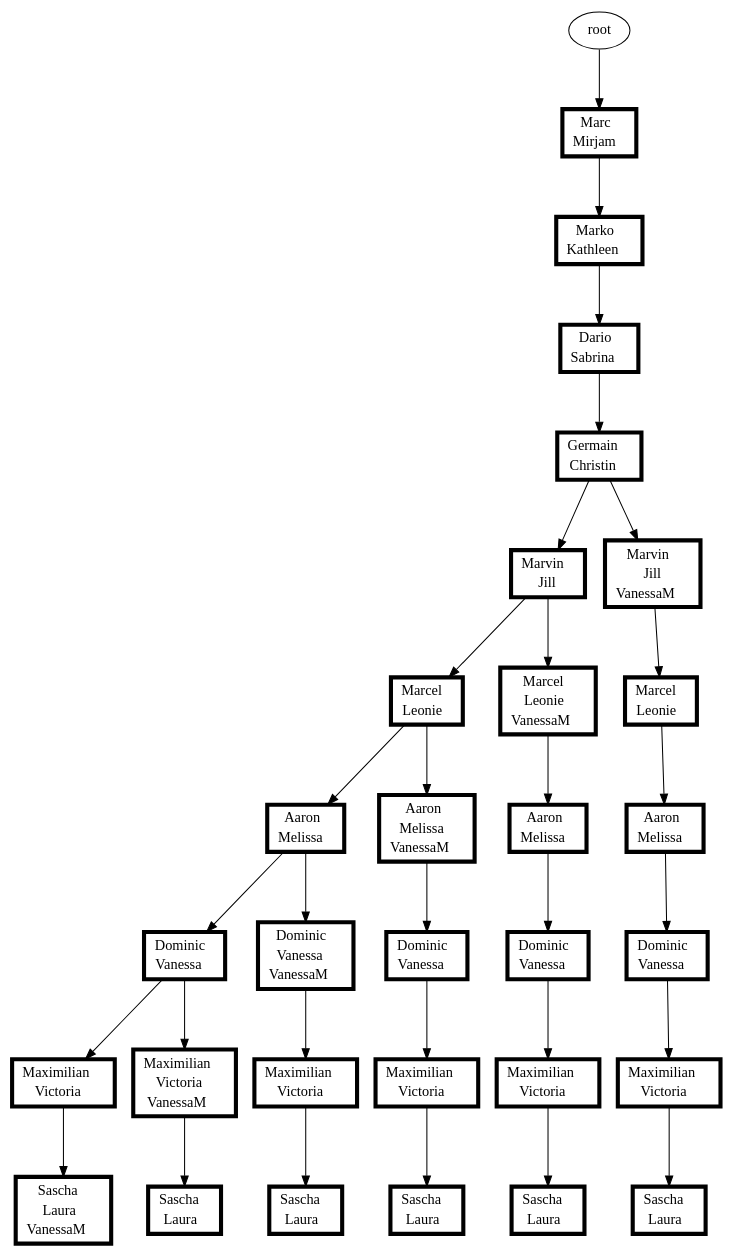
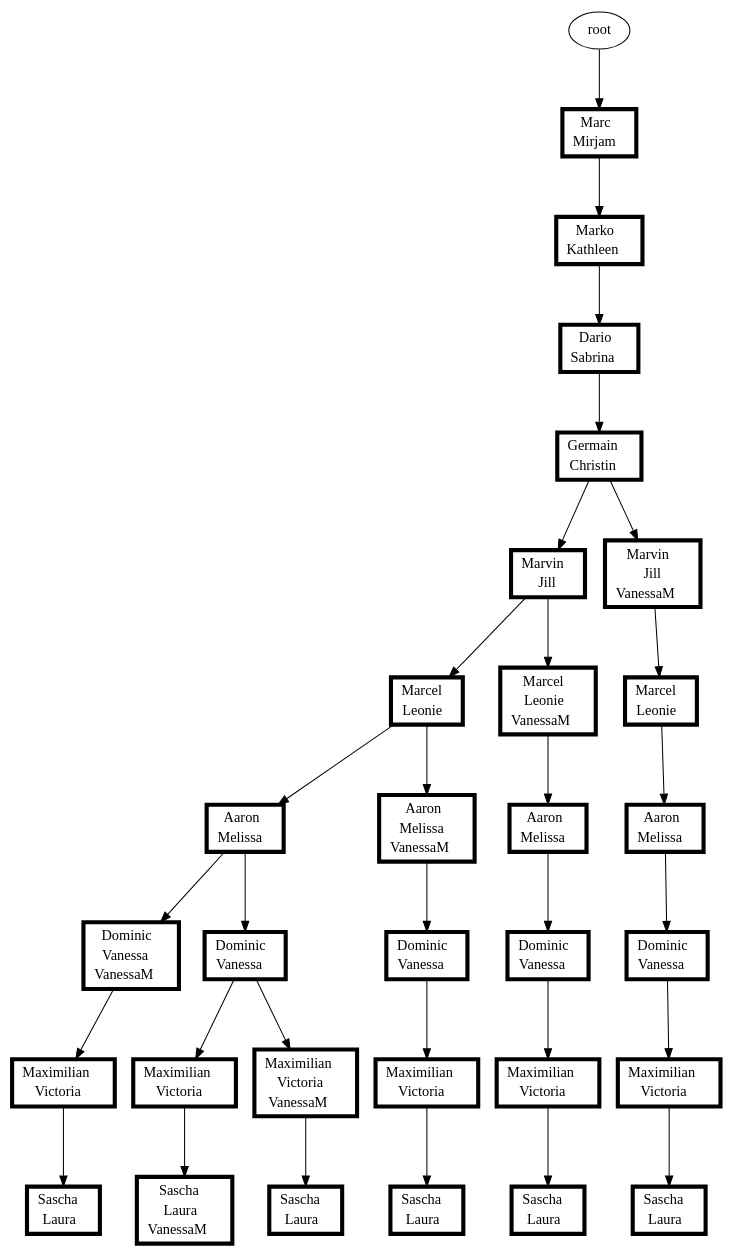
Before and after one commit to atticus-sullivan/sim-ayto: the diagram in s02/s02.dot, drawn with Graphviz. The commit also changed other lines of this file and 29 other files, not shown here.

```diff
--- a/s02/s02.dot
+++ b/s02/s02.dot
@@ -1,63 +1,63 @@
 digraph D {
 ranksep=0.8;
+{"root|5|7|7|3|2|8|4|1|8|2|6|5|1|6|3|9,11|9|10"[shape="record" penwidth=4.0 color="black" label=<<table border="0" cellborder="0" cellspacing="0"><tr><td>Maximilian</td></tr><tr><td>Victoria</td></tr></table>>]}
+"root|5|7|7|3|2|8|4|1|8|2|6|5|1|6|3|9,11" -> {"root|5|7|7|3|2|8|4|1|8|2|6|5|1|6|3|9,11|9|10"}
+{"root|5|7|7|3|2|8|4|1|8|2|6|5,11|1|6|3|9"[shape="record" penwidth=4.0 color="black" label=<<table border="0" cellborder="0" cellspacing="0"><tr><td>Dominic</td></tr><tr><td>Vanessa</td></tr></table>>]}
+"root|5|7|7|3|2|8|4|1|8|2|6|5,11|1|6" -> {"root|5|7|7|3|2|8|4|1|8|2|6|5,11|1|6|3|9"}
+{"root|5|7|7|3|2|8|4|1|8|2,11|6|5|1|6|3|9"[shape="record" penwidth=4.0 color="black" label=<<table border="0" cellborder="0" cellspacing="0"><tr><td>Dominic</td></tr><tr><td>Vanessa</td></tr></table>>]}
+"root|5|7|7|3|2|8|4|1|8|2,11|6|5|1|6" -> {"root|5|7|7|3|2|8|4|1|8|2,11|6|5|1|6|3|9"}
+{"root|5|7|7|3|2|8|4|1|8|2|6|5|1|6,11|3|9|9|10|10|4"[shape="record" penwidth=4.0 color="black" label=<<table border="0" cellborder="0" cellspacing="0"><tr><td>Sascha</td></tr><tr><td>Laura</td></tr></table>>]}
+"root|5|7|7|3|2|8|4|1|8|2|6|5|1|6,11|3|9|9|10" -> {"root|5|7|7|3|2|8|4|1|8|2|6|5|1|6,11|3|9|9|10|10|4"}
+{"root|5|7|7|3|2|8|4|1|8|2,11|6|5|1|6"[shape="record" penwidth=4.0 color="black" label=<<table border="0" cellborder="0" cellspacing="0"><tr><td>Aaron</td></tr><tr><td>Melissa</td></tr></table>>]}
+"root|5|7|7|3|2|8|4|1|8|2,11|6|5" -> {"root|5|7|7|3|2|8|4|1|8|2,11|6|5|1|6"}
+{"root|5|7|7|3|2|8|4|1|8|2|6|5|1|6|3|9"[shape="record" penwidth=4.0 color="black" label=<<table border="0" cellborder="0" cellspacing="0"><tr><td>Dominic</td></tr><tr><td>Vanessa</td></tr></table>>]}
+"root|5|7|7|3|2|8|4|1|8|2|6|5|1|6" -> {"root|5|7|7|3|2|8|4|1|8|2|6|5|1|6|3|9"}
 {"root|5|7|7|3|2|8|4|1|8|2|6|5|1|6|3|9|9|10|10|4,11"[shape="record" penwidth=4.0 color="black" label=<<table border="0" cellborder="0" cellspacing="0"><tr><td>Sascha</td></tr><tr><td>Laura</td></tr><tr><td>VanessaM</td></tr></table>>]}
 "root|5|7|7|3|2|8|4|1|8|2|6|5|1|6|3|9|9|10" -> {"root|5|7|7|3|2|8|4|1|8|2|6|5|1|6|3|9|9|10|10|4,11"}
+{"root|5|7|7|3|2|8|4|1|8|2|6|5|1|6|3|9|9|10"[shape="record" penwidth=4.0 color="black" label=<<table border="0" cellborder="0" cellspacing="0"><tr><td>Maximilian</td></tr><tr><td>Victoria</td></tr></table>>]}
+"root|5|7|7|3|2|8|4|1|8|2|6|5|1|6|3|9" -> {"root|5|7|7|3|2|8|4|1|8|2|6|5|1|6|3|9|9|10"}
 {"root|5|7|7|3|2|8|4|1|8|2|6|5"[shape="record" penwidth=4.0 color="black" label=<<table border="0" cellborder="0" cellspacing="0"><tr><td>Marcel</td></tr><tr><td>Leonie</td></tr></table>>]}
 "root|5|7|7|3|2|8|4|1|8|2" -> {"root|5|7|7|3|2|8|4|1|8|2|6|5"}
 {"root|5|7|7|3|2|8|4|1|8|2,11|6|5|1|6|3|9|9|10|10|4"[shape="record" penwidth=4.0 color="black" label=<<table border="0" cellborder="0" cellspacing="0"><tr><td>Sascha</td></tr><tr><td>Laura</td></tr></table>>]}
 "root|5|7|7|3|2|8|4|1|8|2,11|6|5|1|6|3|9|9|10" -> {"root|5|7|7|3|2|8|4|1|8|2,11|6|5|1|6|3|9|9|10|10|4"}
+{"root|5|7|7|3|2|8|4|1|8|2|6|5|1|6"[shape="record" penwidth=4.0 color="black" label=<<table border="0" cellborder="0" cellspacing="0"><tr><td>Aaron</td></tr><tr><td>Melissa</td></tr></table>>]}
+"root|5|7|7|3|2|8|4|1|8|2|6|5" -> {"root|5|7|7|3|2|8|4|1|8|2|6|5|1|6"}
+{"root|5|7|7|3|2|8|4|1|8|2|6|5|1|6|3|9,11"[shape="record" penwidth=4.0 color="black" label=<<table border="0" cellborder="0" cellspacing="0"><tr><td>Dominic</td></tr><tr><td>Vanessa</td></tr><tr><td>VanessaM</td></tr></table>>]}
+"root|5|7|7|3|2|8|4|1|8|2|6|5|1|6" -> {"root|5|7|7|3|2|8|4|1|8|2|6|5|1|6|3|9,11"}
+{"root|5|7|7|3|2|8|4|1|8|2|6|5,11|1|6|3|9|9|10|10|4"[shape="record" penwidth=4.0 color="black" label=<<table border="0" cellborder="0" cellspacing="0"><tr><td>Sascha</td></tr><tr><td>Laura</td></tr></table>>]}
+"root|5|7|7|3|2|8|4|1|8|2|6|5,11|1|6|3|9|9|10" -> {"root|5|7|7|3|2|8|4|1|8|2|6|5,11|1|6|3|9|9|10|10|4"}
+{"root|5|7|7|3"[shape="record" penwidth=4.0 color="black" label=<<table border="0" cellborder="0" cellspacing="0"><tr><td>Marko</td></tr><tr><td>Kathleen</td></tr></table>>]}
+"root|5|7" -> {"root|5|7|7|3"}
+{"root|5|7|7|3|2|8|4|1|8|2|6|5|1|6|3|9|9|10,11"[shape="record" penwidth=4.0 color="black" label=<<table border="0" cellborder="0" cellspacing="0"><tr><td>Maximilian</td></tr><tr><td>Victoria</td></tr><tr><td>VanessaM</td></tr></table>>]}
+"root|5|7|7|3|2|8|4|1|8|2|6|5|1|6|3|9" -> {"root|5|7|7|3|2|8|4|1|8|2|6|5|1|6|3|9|9|10,11"}
 {"root|5|7|7|3|2|8|4|1|8|2|6|5|1|6|3|9|9|10,11|10|4"[shape="record" penwidth=4.0 color="black" label=<<table border="0" cellborder="0" cellspacing="0"><tr><td>Sascha</td></tr><tr><td>Laura</td></tr></table>>]}
 "root|5|7|7|3|2|8|4|1|8|2|6|5|1|6|3|9|9|10,11" -> {"root|5|7|7|3|2|8|4|1|8|2|6|5|1|6|3|9|9|10,11|10|4"}
+{"root|5|7|7|3|2|8|4|1|8|2|6|5|1|6,11|3|9|9|10"[shape="record" penwidth=4.0 color="black" label=<<table border="0" cellborder="0" cellspacing="0"><tr><td>Maximilian</td></tr><tr><td>Victoria</td></tr></table>>]}
+"root|5|7|7|3|2|8|4|1|8|2|6|5|1|6,11|3|9" -> {"root|5|7|7|3|2|8|4|1|8|2|6|5|1|6,11|3|9|9|10"}
 {"root|5|7"[shape="record" penwidth=4.0 color="black" label=<<table border="0" cellborder="0" cellspacing="0"><tr><td>Marc</td></tr><tr><td>Mirjam</td></tr></table>>]}
 "root" -> {"root|5|7"}
+{"root|5|7|7|3|2|8|4|1|8|2,11|6|5"[shape="record" penwidth=4.0 color="black" label=<<table border="0" cellborder="0" cellspacing="0"><tr><td>Marcel</td></tr><tr><td>Leonie</td></tr></table>>]}
+"root|5|7|7|3|2|8|4|1|8|2,11" -> {"root|5|7|7|3|2|8|4|1|8|2,11|6|5"}
+{"root|5|7|7|3|2|8"[shape="record" penwidth=4.0 color="black" label=<<table border="0" cellborder="0" cellspacing="0"><tr><td>Dario</td></tr><tr><td>Sabrina</td></tr></table>>]}
+"root|5|7|7|3" -> {"root|5|7|7|3|2|8"}
+{"root|5|7|7|3|2|8|4|1|8|2|6|5|1|6,11"[shape="record" penwidth=4.0 color="black" label=<<table border="0" cellborder="0" cellspacing="0"><tr><td>Aaron</td></tr><tr><td>Melissa</td></tr><tr><td>VanessaM</td></tr></table>>]}
+"root|5|7|7|3|2|8|4|1|8|2|6|5" -> {"root|5|7|7|3|2|8|4|1|8|2|6|5|1|6,11"}
+{"root|5|7|7|3|2|8|4|1|8|2|6|5,11|1|6|3|9|9|10"[shape="record" penwidth=4.0 color="black" label=<<table border="0" cellborder="0" cellspacing="0"><tr><td>Maximilian</td></tr><tr><td>Victoria</td></tr></table>>]}
+"root|5|7|7|3|2|8|4|1|8|2|6|5,11|1|6|3|9" -> {"root|5|7|7|3|2|8|4|1|8|2|6|5,11|1|6|3|9|9|10"}
+{"root|5|7|7|3|2|8|4|1|8|2,11|6|5|1|6|3|9|9|10"[shape="record" penwidth=4.0 color="black" label=<<table border="0" cellborder="0" cellspacing="0"><tr><td>Maximilian</td></tr><tr><td>Victoria</td></tr></table>>]}
+"root|5|7|7|3|2|8|4|1|8|2,11|6|5|1|6|3|9" -> {"root|5|7|7|3|2|8|4|1|8|2,11|6|5|1|6|3|9|9|10"}
+{"root|5|7|7|3|2|8|4|1|8|2|6|5,11|1|6"[shape="record" penwidth=4.0 color="black" label=<<table border="0" cellborder="0" cellspacing="0"><tr><td>Aaron</td></tr><tr><td>Melissa</td></tr></table>>]}
+"root|5|7|7|3|2|8|4|1|8|2|6|5,11" -> {"root|5|7|7|3|2|8|4|1|8|2|6|5,11|1|6"}
+{"root|5|7|7|3|2|8|4|1"[shape="record" penwidth=4.0 color="black" label=<<table border="0" cellborder="0" cellspacing="0"><tr><td>Germain</td></tr><tr><td>Christin</td></tr></table>>]}
+"root|5|7|7|3|2|8" -> {"root|5|7|7|3|2|8|4|1"}
+{"root|5|7|7|3|2|8|4|1|8|2,11"[shape="record" penwidth=4.0 color="black" label=<<table border="0" cellborder="0" cellspacing="0"><tr><td>Marvin</td></tr><tr><td>Jill</td></tr><tr><td>VanessaM</td></tr></table>>]}
+"root|5|7|7|3|2|8|4|1" -> {"root|5|7|7|3|2|8|4|1|8|2,11"}
+{"root|5|7|7|3|2|8|4|1|8|2|6|5|1|6,11|3|9"[shape="record" penwidth=4.0 color="black" label=<<table border="0" cellborder="0" cellspacing="0"><tr><td>Dominic</td></tr><tr><td>Vanessa</td></tr></table>>]}
+"root|5|7|7|3|2|8|4|1|8|2|6|5|1|6,11" -> {"root|5|7|7|3|2|8|4|1|8|2|6|5|1|6,11|3|9"}
 {"root|5|7|7|3|2|8|4|1|8|2"[shape="record" penwidth=4.0 color="black" label=<<table border="0" cellborder="0" cellspacing="0"><tr><td>Marvin</td></tr><tr><td>Jill</td></tr></table>>]}
 "root|5|7|7|3|2|8|4|1" -> {"root|5|7|7|3|2|8|4|1|8|2"}
-{"root|5|7|7|3|2|8|4|1|8|2|6|5|1|6|3|9|9|10"[shape="record" penwidth=4.0 color="black" label=<<table border="0" cellborder="0" cellspacing="0"><tr><td>Maximilian</td></tr><tr><td>Victoria</td></tr></table>>]}
-"root|5|7|7|3|2|8|4|1|8|2|6|5|1|6|3|9" -> {"root|5|7|7|3|2|8|4|1|8|2|6|5|1|6|3|9|9|10"}
-{"root|5|7|7|3|2|8|4|1|8|2,11|6|5|1|6|3|9"[shape="record" penwidth=4.0 color="black" label=<<table border="0" cellborder="0" cellspacing="0"><tr><td>Dominic</td></tr><tr><td>Vanessa</td></tr></table>>]}
-"root|5|7|7|3|2|8|4|1|8|2,11|6|5|1|6" -> {"root|5|7|7|3|2|8|4|1|8|2,11|6|5|1|6|3|9"}
-{"root|5|7|7|3|2|8|4|1|8|2|6|5|1|6|3|9,11|9|10"[shape="record" penwidth=4.0 color="black" label=<<table border="0" cellborder="0" cellspacing="0"><tr><td>Maximilian</td></tr><tr><td>Victoria</td></tr></table>>]}
-"root|5|7|7|3|2|8|4|1|8|2|6|5|1|6|3|9,11" -> {"root|5|7|7|3|2|8|4|1|8|2|6|5|1|6|3|9,11|9|10"}
-{"root|5|7|7|3|2|8|4|1|8|2|6|5,11|1|6|3|9"[shape="record" penwidth=4.0 color="black" label=<<table border="0" cellborder="0" cellspacing="0"><tr><td>Dominic</td></tr><tr><td>Vanessa</td></tr></table>>]}
-"root|5|7|7|3|2|8|4|1|8|2|6|5,11|1|6" -> {"root|5|7|7|3|2|8|4|1|8|2|6|5,11|1|6|3|9"}
-{"root|5|7|7|3|2|8"[shape="record" penwidth=4.0 color="black" label=<<table border="0" cellborder="0" cellspacing="0"><tr><td>Dario</td></tr><tr><td>Sabrina</td></tr></table>>]}
-"root|5|7|7|3" -> {"root|5|7|7|3|2|8"}
-{"root|5|7|7|3|2|8|4|1|8|2,11|6|5|1|6|3|9|9|10"[shape="record" penwidth=4.0 color="black" label=<<table border="0" cellborder="0" cellspacing="0"><tr><td>Maximilian</td></tr><tr><td>Victoria</td></tr></table>>]}
-"root|5|7|7|3|2|8|4|1|8|2,11|6|5|1|6|3|9" -> {"root|5|7|7|3|2|8|4|1|8|2,11|6|5|1|6|3|9|9|10"}
-{"root|5|7|7|3|2|8|4|1|8|2|6|5|1|6|3|9"[shape="record" penwidth=4.0 color="black" label=<<table border="0" cellborder="0" cellspacing="0"><tr><td>Dominic</td></tr><tr><td>Vanessa</td></tr></table>>]}
-"root|5|7|7|3|2|8|4|1|8|2|6|5|1|6" -> {"root|5|7|7|3|2|8|4|1|8|2|6|5|1|6|3|9"}
-{"root|5|7|7|3|2|8|4|1|8|2|6|5|1|6"[shape="record" penwidth=4.0 color="black" label=<<table border="0" cellborder="0" cellspacing="0"><tr><td>Aaron</td></tr><tr><td>Melissa</td></tr></table>>]}
-"root|5|7|7|3|2|8|4|1|8|2|6|5" -> {"root|5|7|7|3|2|8|4|1|8|2|6|5|1|6"}
-{"root|5|7|7|3|2|8|4|1|8|2,11"[shape="record" penwidth=4.0 color="black" label=<<table border="0" cellborder="0" cellspacing="0"><tr><td>Marvin</td></tr><tr><td>Jill</td></tr><tr><td>VanessaM</td></tr></table>>]}
-"root|5|7|7|3|2|8|4|1" -> {"root|5|7|7|3|2|8|4|1|8|2,11"}
-{"root|5|7|7|3|2|8|4|1|8|2|6|5|1|6,11|3|9|9|10"[shape="record" penwidth=4.0 color="black" label=<<table border="0" cellborder="0" cellspacing="0"><tr><td>Maximilian</td></tr><tr><td>Victoria</td></tr></table>>]}
-"root|5|7|7|3|2|8|4|1|8|2|6|5|1|6,11|3|9" -> {"root|5|7|7|3|2|8|4|1|8|2|6|5|1|6,11|3|9|9|10"}
 {"root|5|7|7|3|2|8|4|1|8|2|6|5|1|6|3|9,11|9|10|10|4"[shape="record" penwidth=4.0 color="black" label=<<table border="0" cellborder="0" cellspacing="0"><tr><td>Sascha</td></tr><tr><td>Laura</td></tr></table>>]}
 "root|5|7|7|3|2|8|4|1|8|2|6|5|1|6|3|9,11|9|10" -> {"root|5|7|7|3|2|8|4|1|8|2|6|5|1|6|3|9,11|9|10|10|4"}
-{"root|5|7|7|3|2|8|4|1"[shape="record" penwidth=4.0 color="black" label=<<table border="0" cellborder="0" cellspacing="0"><tr><td>Germain</td></tr><tr><td>Christin</td></tr></table>>]}
-"root|5|7|7|3|2|8" -> {"root|5|7|7|3|2|8|4|1"}
-{"root|5|7|7|3|2|8|4|1|8|2|6|5,11|1|6|3|9|9|10"[shape="record" penwidth=4.0 color="black" label=<<table border="0" cellborder="0" cellspacing="0"><tr><td>Maximilian</td></tr><tr><td>Victoria</td></tr></table>>]}
-"root|5|7|7|3|2|8|4|1|8|2|6|5,11|1|6|3|9" -> {"root|5|7|7|3|2|8|4|1|8|2|6|5,11|1|6|3|9|9|10"}
-{"root|5|7|7|3|2|8|4|1|8|2|6|5|1|6,11|3|9|9|10|10|4"[shape="record" penwidth=4.0 color="black" label=<<table border="0" cellborder="0" cellspacing="0"><tr><td>Sascha</td></tr><tr><td>Laura</td></tr></table>>]}
-"root|5|7|7|3|2|8|4|1|8|2|6|5|1|6,11|3|9|9|10" -> {"root|5|7|7|3|2|8|4|1|8|2|6|5|1|6,11|3|9|9|10|10|4"}
 {"root|5|7|7|3|2|8|4|1|8|2|6|5,11"[shape="record" penwidth=4.0 color="black" label=<<table border="0" cellborder="0" cellspacing="0"><tr><td>Marcel</td></tr><tr><td>Leonie</td></tr><tr><td>VanessaM</td></tr></table>>]}
 "root|5|7|7|3|2|8|4|1|8|2" -> {"root|5|7|7|3|2|8|4|1|8|2|6|5,11"}
-{"root|5|7|7|3|2|8|4|1|8|2|6|5|1|6,11|3|9"[shape="record" penwidth=4.0 color="black" label=<<table border="0" cellborder="0" cellspacing="0"><tr><td>Dominic</td></tr><tr><td>Vanessa</td></tr></table>>]}
-"root|5|7|7|3|2|8|4|1|8|2|6|5|1|6,11" -> {"root|5|7|7|3|2|8|4|1|8|2|6|5|1|6,11|3|9"}
-{"root|5|7|7|3|2|8|4|1|8|2,11|6|5|1|6"[shape="record" penwidth=4.0 color="black" label=<<table border="0" cellborder="0" cellspacing="0"><tr><td>Aaron</td></tr><tr><td>Melissa</td></tr></table>>]}
-"root|5|7|7|3|2|8|4|1|8|2,11|6|5" -> {"root|5|7|7|3|2|8|4|1|8|2,11|6|5|1|6"}
-{"root|5|7|7|3|2|8|4|1|8|2|6|5,11|1|6|3|9|9|10|10|4"[shape="record" penwidth=4.0 color="black" label=<<table border="0" cellborder="0" cellspacing="0"><tr><td>Sascha</td></tr><tr><td>Laura</td></tr></table>>]}
-"root|5|7|7|3|2|8|4|1|8|2|6|5,11|1|6|3|9|9|10" -> {"root|5|7|7|3|2|8|4|1|8|2|6|5,11|1|6|3|9|9|10|10|4"}
-{"root|5|7|7|3|2|8|4|1|8|2|6|5|1|6|3|9,11"[shape="record" penwidth=4.0 color="black" label=<<table border="0" cellborder="0" cellspacing="0"><tr><td>Dominic</td></tr><tr><td>Vanessa</td></tr><tr><td>VanessaM</td></tr></table>>]}
-"root|5|7|7|3|2|8|4|1|8|2|6|5|1|6" -> {"root|5|7|7|3|2|8|4|1|8|2|6|5|1|6|3|9,11"}
-{"root|5|7|7|3|2|8|4|1|8|2|6|5|1|6|3|9|9|10,11"[shape="record" penwidth=4.0 color="black" label=<<table border="0" cellborder="0" cellspacing="0"><tr><td>Maximilian</td></tr><tr><td>Victoria</td></tr><tr><td>VanessaM</td></tr></table>>]}
-"root|5|7|7|3|2|8|4|1|8|2|6|5|1|6|3|9" -> {"root|5|7|7|3|2|8|4|1|8|2|6|5|1|6|3|9|9|10,11"}
-{"root|5|7|7|3|2|8|4|1|8|2|6|5,11|1|6"[shape="record" penwidth=4.0 color="black" label=<<table border="0" cellborder="0" cellspacing="0"><tr><td>Aaron</td></tr><tr><td>Melissa</td></tr></table>>]}
-"root|5|7|7|3|2|8|4|1|8|2|6|5,11" -> {"root|5|7|7|3|2|8|4|1|8|2|6|5,11|1|6"}
-{"root|5|7|7|3"[shape="record" penwidth=4.0 color="black" label=<<table border="0" cellborder="0" cellspacing="0"><tr><td>Marko</td></tr><tr><td>Kathleen</td></tr></table>>]}
-"root|5|7" -> {"root|5|7|7|3"}
-{"root|5|7|7|3|2|8|4|1|8|2|6|5|1|6,11"[shape="record" penwidth=4.0 color="black" label=<<table border="0" cellborder="0" cellspacing="0"><tr><td>Aaron</td></tr><tr><td>Melissa</td></tr><tr><td>VanessaM</td></tr></table>>]}
-"root|5|7|7|3|2|8|4|1|8|2|6|5" -> {"root|5|7|7|3|2|8|4|1|8|2|6|5|1|6,11"}
-{"root|5|7|7|3|2|8|4|1|8|2,11|6|5"[shape="record" penwidth=4.0 color="black" label=<<table border="0" cellborder="0" cellspacing="0"><tr><td>Marcel</td></tr><tr><td>Leonie</td></tr></table>>]}
-"root|5|7|7|3|2|8|4|1|8|2,11" -> {"root|5|7|7|3|2|8|4|1|8|2,11|6|5"}
 }
```
